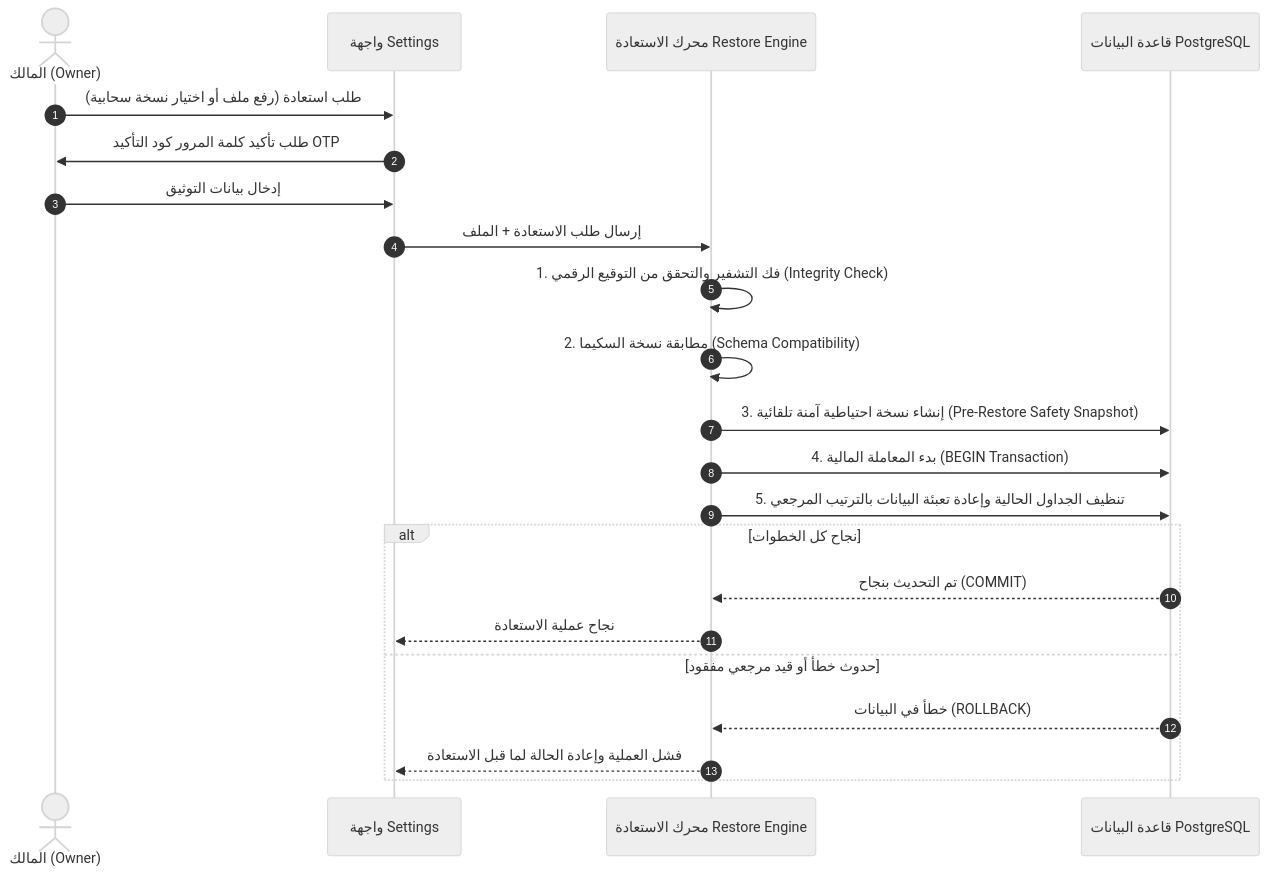
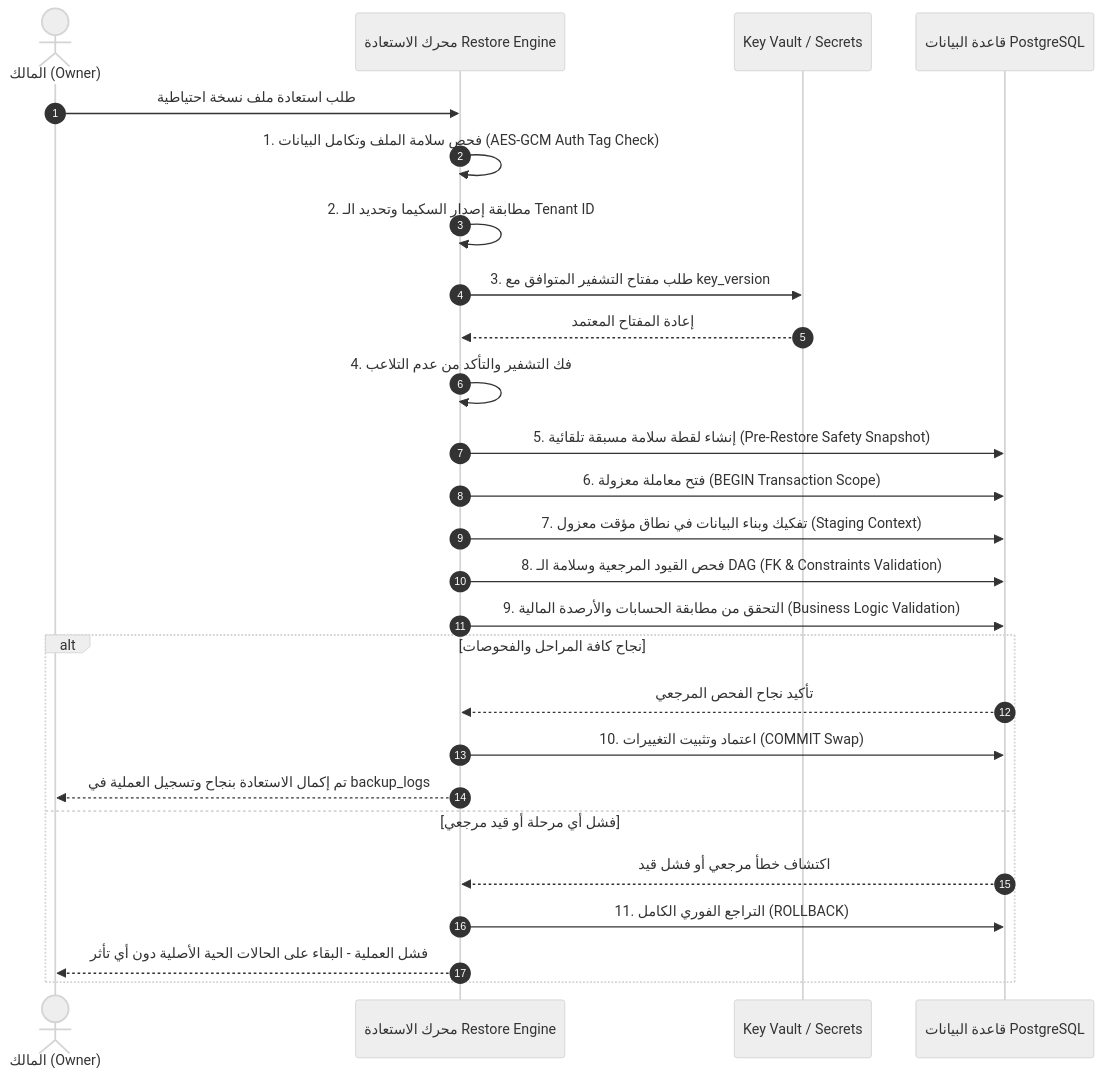
Before and after one commit to Emad20112/market-hub: the third of 4 diagrams in BACKUP_PLAN.md, drawn with Mermaid (neutral theme). The commit also changed other lines of this file, not shown here.

Commit message:
docs: harden backup architecture plan

````diff
--- a/BACKUP_PLAN.md
+++ b/BACKUP_PLAN.md
@@ -141,25 +132,29 @@
 ```mermaid
 sequenceDiagram
     autonumber
     actor Owner as المالك (Owner)
-    participant UI as واجهة Settings
     participant Engine as محرك الاستعادة Restore Engine
+    participant Vault as Key Vault / Secrets
     participant DB as قاعدة البيانات PostgreSQL
     
-    Owner->>UI: طلب استعادة (رفع ملف أو اختيار نسخة سحابية)
-    UI->>Owner: طلب تأكيد كلمة المرور كود التأكيد OTP
-    Owner->>UI: إدخال بيانات التوثيق
-    UI->>Engine: إرسال طلب الاستعادة + الملف
-    Engine->>Engine: 1. فك التشفير والتحقق من التوقيع الرقمي (Integrity Check)
-    Engine->>Engine: 2. مطابقة نسخة السكيما (Schema Compatibility)
-    Engine->>DB: 3. إنشاء نسخة احتياطية آمنة تلقائية (Pre-Restore Safety Snapshot)
-    Engine->>DB: 4. بدء المعاملة المالية (BEGIN Transaction)
-    Engine->>DB: 5. تنظيف الجداول الحالية وإعادة تعبئة البيانات بالترتيب المرجعي
-    alt نجاح كل الخطوات
-        DB-->>Engine: تم التحديث بنجاح (COMMIT)
-        Engine-->>UI: نجاح عملية الاستعادة
-    else حدوث خطأ أو قيد مرجعي مفقود
-        DB-->>Engine: خطأ في البيانات (ROLLBACK)
-        Engine-->>UI: فشل العملية وإعادة الحالة لما قبل الاستعادة
+    Owner->>Engine: طلب استعادة ملف نسخة احتياطية
+    Engine->>Engine: 1. فحص سلامة الملف وتكامل البيانات (AES-GCM Auth Tag Check)
+    Engine->>Engine: 2. مطابقة إصدار السكيما وتحديد الـ Tenant ID
+    Engine->>Vault: 3. طلب مفتاح التشفير المتوافق مع key_version
+    Vault-->>Engine: إعادة المفتاح المعتمد
+    Engine->>Engine: 4. فك التشفير والتأكد من عدم التلاعب
+    Engine->>DB: 5. إنشاء لقطة سلامة مسبقة تلقائية (Pre-Restore Safety Snapshot)
+    Engine->>DB: 6. فتح معاملة معزولة (BEGIN Transaction Scope)
+    Engine->>DB: 7. تفكيك وبناء البيانات في نطاق مؤقت معزول (Staging Context)
+    Engine->>DB: 8. فحص القيود المرجعية وسلامة الـ DAG (FK & Constraints Validation)
+    Engine->>DB: 9. التحقق من مطابقة الحسابات والأرصدة المالية (Business Logic Validation)
+    alt نجاح كافة المراحل والفحوصات
+        DB-->>Engine: تأكيد نجاح الفحص المرجعي
+        Engine->>DB: 10. اعتماد وتثبيت التغييرات (COMMIT Swap)
+        Engine-->>Owner: تم إكمال الاستعادة بنجاح وتسجيل العملية في backup_logs
+    else فشل أي مرحلة أو قيد مرجعي
+        DB-->>Engine: اكتشاف خطأ مرجعي أو فشل قيد
+        Engine->>DB: 11. التراجع الفوري الكامل (ROLLBACK)
+        Engine-->>Owner: فشل العملية - البقاء على الحالات الحية الأصلية دون أي تأثر
     end
 ```
````
